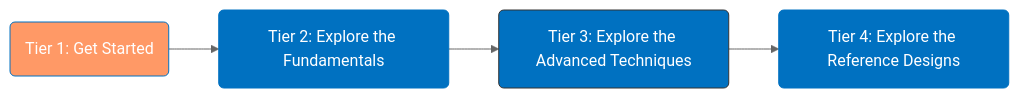
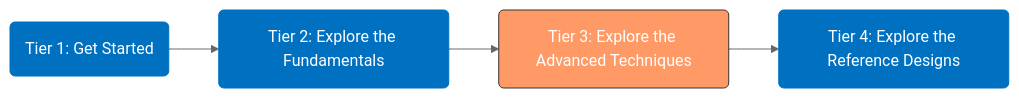
Before and after one commit to oneapi-src/oneAPI-samples: the diagram in DirectProgramming/C++SYCL_FPGA/Tutorials/DesignPatterns/restartable_kernel/README.md, drawn with Mermaid (neutral theme). The commit also changed other lines of this file and 3 other files, not shown here.

````diff
--- a/DirectProgramming/C++SYCL_FPGA/Tutorials/DesignPatterns/restartable_kernel/README.md
+++ b/DirectProgramming/C++SYCL_FPGA/Tutorials/DesignPatterns/restartable_kernel/README.md
@@ -32,14 +32,14 @@
 ```mermaid
 flowchart LR
    tier1("Tier 1: Get Started")
    tier2("Tier 2: Explore the Fundamentals")
    tier3("Tier 3: Explore the Advanced Techniques")
    tier4("Tier 4: Explore the Reference Designs")
 
    tier1 --> tier2 --> tier3 --> tier4
 
-   style tier1 fill:#f96,stroke:#0071c1,stroke-width:1px,color:#fff
+   style tier1 fill:#0071c1,stroke:#0071c1,stroke-width:1px,color:#fff
    style tier2 fill:#0071c1,stroke:#0071c1,stroke-width:1px,color:#fff
-   style tier3 fill:#0071c1,stroke:#333,stroke-width:1px,color:#fff
+   style tier3 fill:#f96,stroke:#333,stroke-width:1px,color:#fff
    style tier4 fill:#0071c1,stroke:#0071c1,stroke-width:1px,color:#fff
 ```
````
